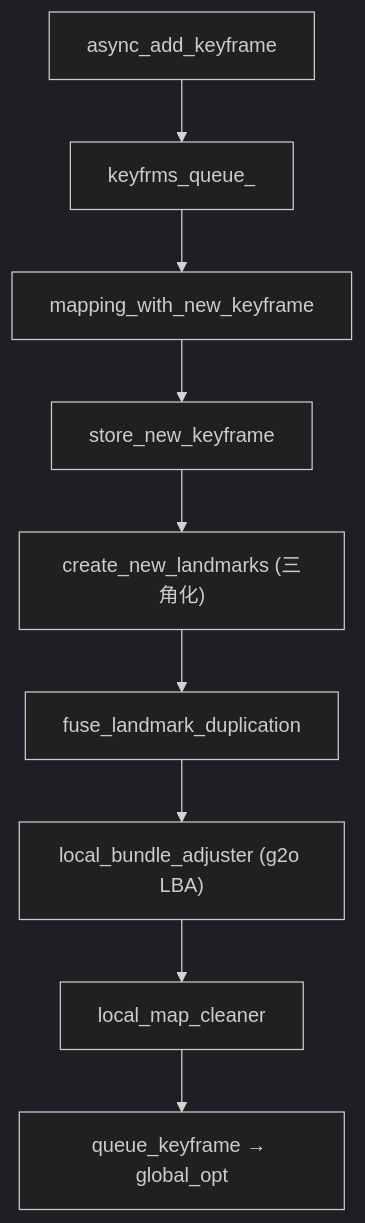
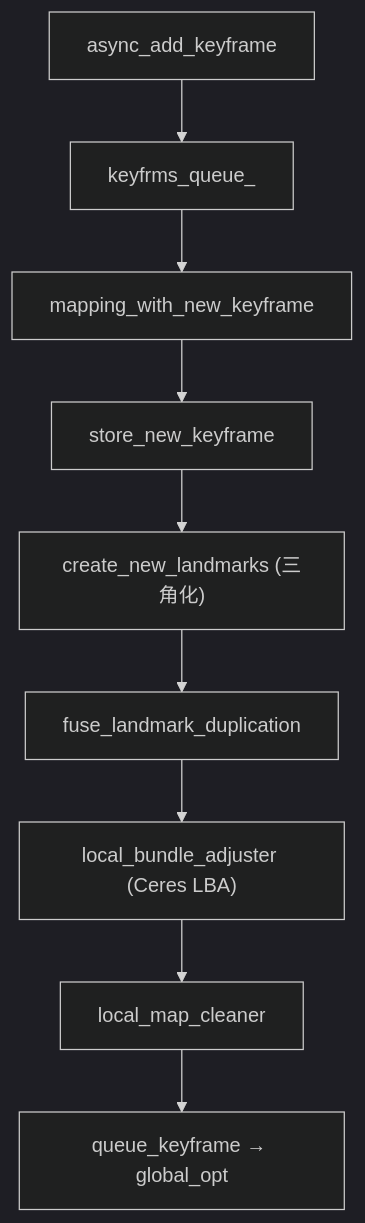
The third of 4 diagrams in docs/source/06_Localization/05_architecture.md (quandy2020/autonomy), drawn with Mermaid (dark theme) before and after one commit. The commit also changed other lines of this file and 767 other files, not shown here.

````diff
--- a/docs/source/06_Localization/05_architecture.md
+++ b/docs/source/06_Localization/05_architecture.md
@@ -271,11 +271,11 @@
 ```mermaid
 flowchart TD
     A["async_add_keyframe"] --> B["keyfrms_queue_"]
     B --> C["mapping_with_new_keyframe"]
     C --> D["store_new_keyframe"]
     D --> E["create_new_landmarks (三角化)"]
     E --> F["fuse_landmark_duplication"]
-    F --> G["local_bundle_adjuster (g2o LBA)"]
+    F --> G["local_bundle_adjuster (Ceres LBA)"]
     G --> H["local_map_cleaner"]
     H --> I["queue_keyframe → global_opt"]
 ```
````
